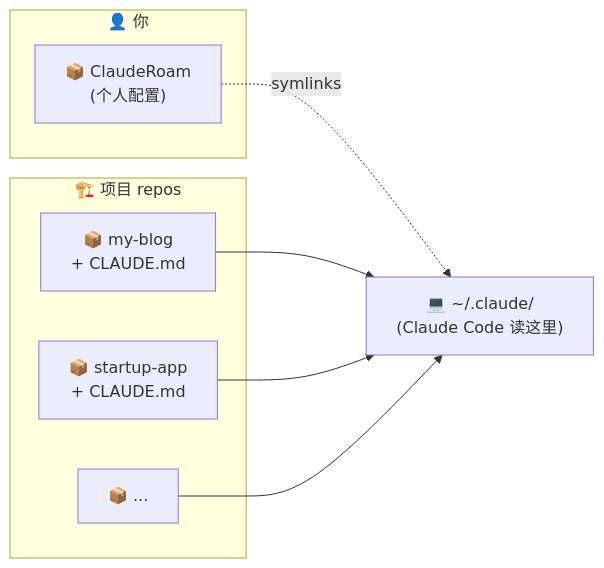
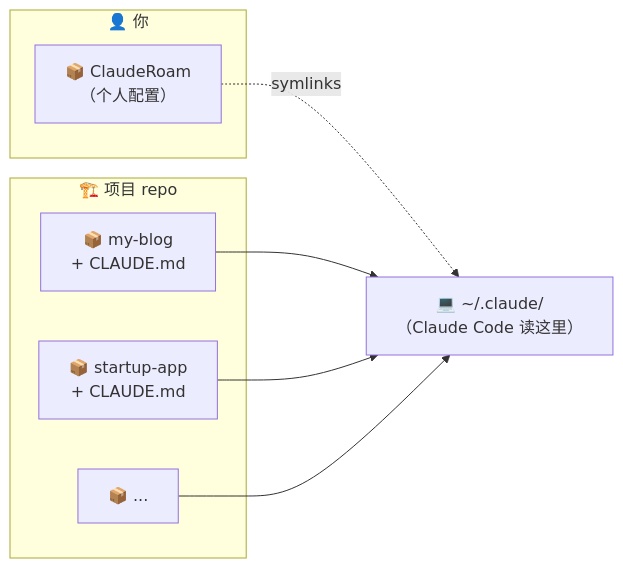
The second of 4 diagrams in README.zh-CN.md (YunyueLi/clauderoam), drawn with Mermaid before and after one commit. The commit also changed other lines of this file and 1 other file, not shown here.

````diff
--- a/README.zh-CN.md
+++ b/README.zh-CN.md
@@ -212,15 +165,15 @@
 ```mermaid
 flowchart LR
     subgraph You["👤 你"]
-      CR["📦 ClaudeRoam<br/>(个人配置)"]
+      CR["📦 ClaudeRoam<br/>（个人配置）"]
     end
-    subgraph Projects["🏗️ 项目 repos"]
+    subgraph Projects["🏗️ 项目 repo"]
       P1["📦 my-blog<br/>+ CLAUDE.md"]
       P2["📦 startup-app<br/>+ CLAUDE.md"]
       P3["📦 ..."]
     end
-    CR -.symlinks.-> CC["💻 ~/.claude/<br/>(Claude Code 读这里)"]
+    CR -.symlinks.-> CC["💻 ~/.claude/<br/>（Claude Code 读这里）"]
     P1 --> CC
     P2 --> CC
     P3 --> CC
 ```
````
